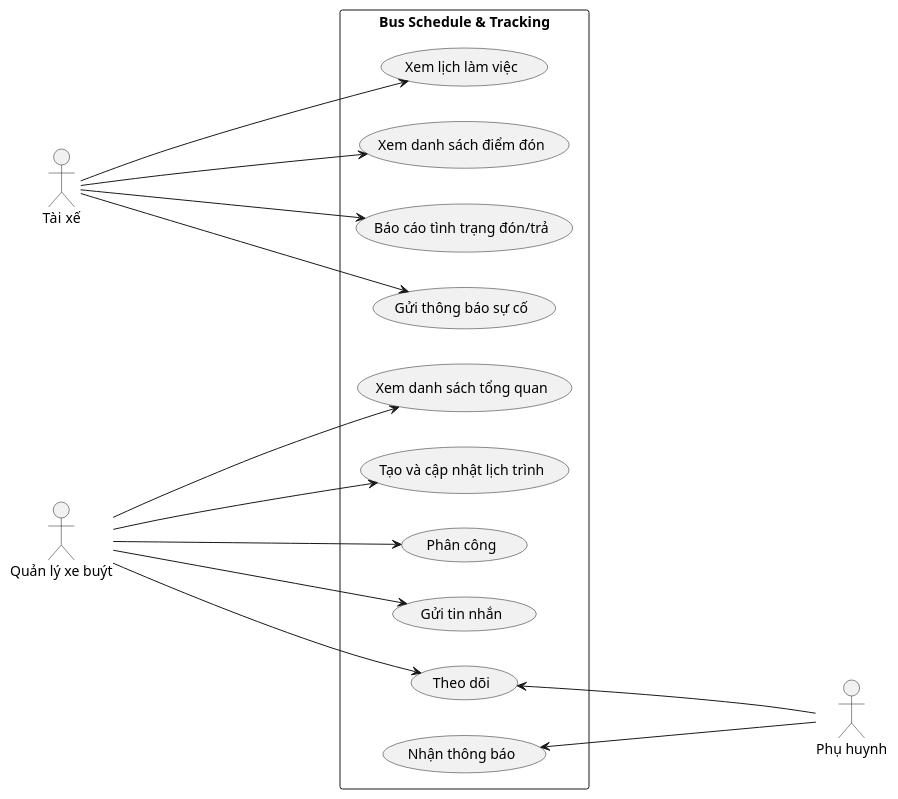
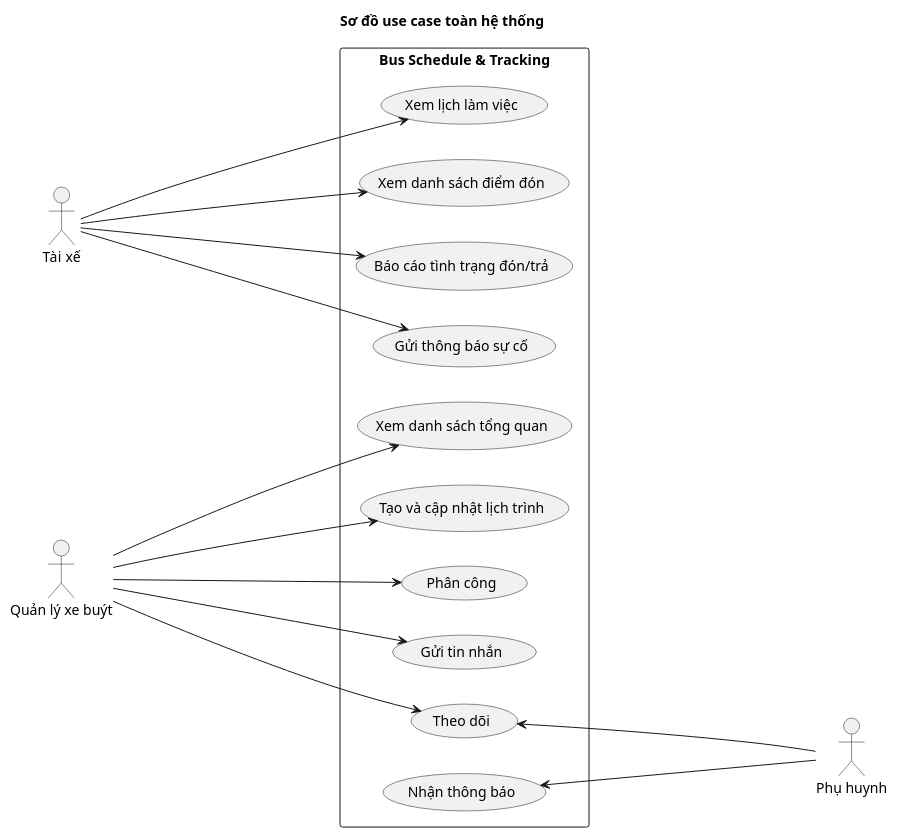
One commit to Bancie/VietBus changed the diagram in uml/use_case/use_case.puml. Above: the diagram before and after it, drawn with PlantUML. The commit also changed 7 other files, not shown here.

First line of the commit message:
Add titles to use case PlantUML diagrams

```diff
--- a/uml/use_case/use_case.puml
+++ b/uml/use_case/use_case.puml
@@ -1,33 +1,34 @@
 @startuml
+title Sơ đồ use case toàn hệ thống
 left to right direction
 actor "Tài xế" as tx
 actor "Quản lý xe buýt" as ql
 actor "Phụ huynh" as ph
 
 rectangle "Bus Schedule & Tracking" {
     usecase "Xem danh sách tổng quan" as UC1
     usecase "Tạo và cập nhật lịch trình" as UC2
     usecase "Phân công" as UC3
     usecase "Gửi tin nhắn" as UC4
     usecase "Theo dõi" as UC5
     usecase "Xem lịch làm việc" as UC6
     usecase "Xem danh sách điểm đón" as UC7
     usecase "Báo cáo tình trạng đón/trả" as UC8
     usecase "Gửi thông báo sự cố" as UC9
     usecase "Nhận thông báo" as UC10
 }
 
 ql -----> UC1
 ql -----> UC2
 ql -----> UC3
 ql -----> UC4
 ql -----> UC5
 
 tx -----> UC6
 tx -----> UC7
 tx -----> UC8
 tx -----> UC9
 
 UC10 <----- ph
 UC5 <----- ph
 @enduml
```
